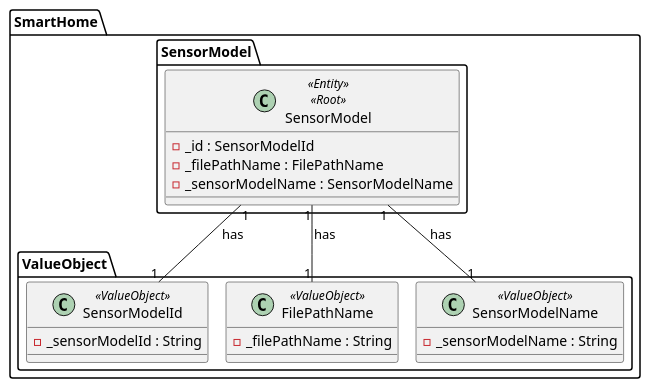
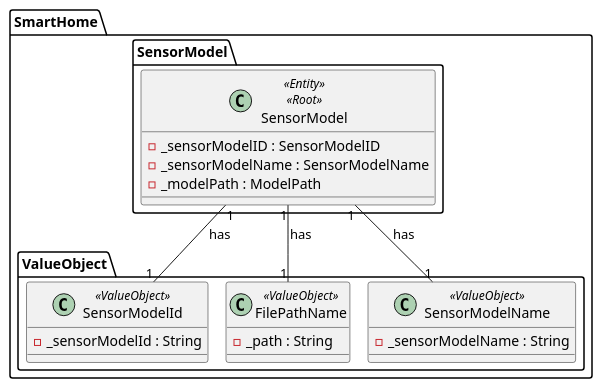
The diagram in docs/general/agreggateModels/SensorModel.puml (olivDiogo/SmartHome), drawn with PlantUML before and after one commit.

Commit message:
fix: Updated sensorModel class in domain agreggate model#63

```diff
--- a/docs/general/agreggateModels/SensorModel.puml
+++ b/docs/general/agreggateModels/SensorModel.puml
@@ -1,32 +1,32 @@
 @startuml
 !pragma layout smetana
 
 package SmartHome.SensorModel{
 
     class SensorModel <<Entity>> <<Root>>{
-    - _id : SensorModelId
-    - _filePathName : FilePathName
+    - _sensorModelID : SensorModelID
     - _sensorModelName : SensorModelName
+    - _modelPath : ModelPath
     }
 }
 
 package SmartHome.ValueObject {
 
      class SensorModelId <<ValueObject>>{
         - _sensorModelId : String
      }
 
      class FilePathName <<ValueObject>>{
-        - _filePathName : String
+        - _path : String
      }
      class SensorModelName <<ValueObject>>{
         - _sensorModelName : String
      }
 }
 
 SmartHome.SensorModel.SensorModel "1" -- "1" SmartHome.ValueObject.SensorModelId : has
 SmartHome.SensorModel.SensorModel "1" -- "1" SmartHome.ValueObject.FilePathName : has
 SmartHome.SensorModel.SensorModel "1" -- "1" SmartHome.ValueObject.SensorModelName : has
 
 
 @enduml
```
